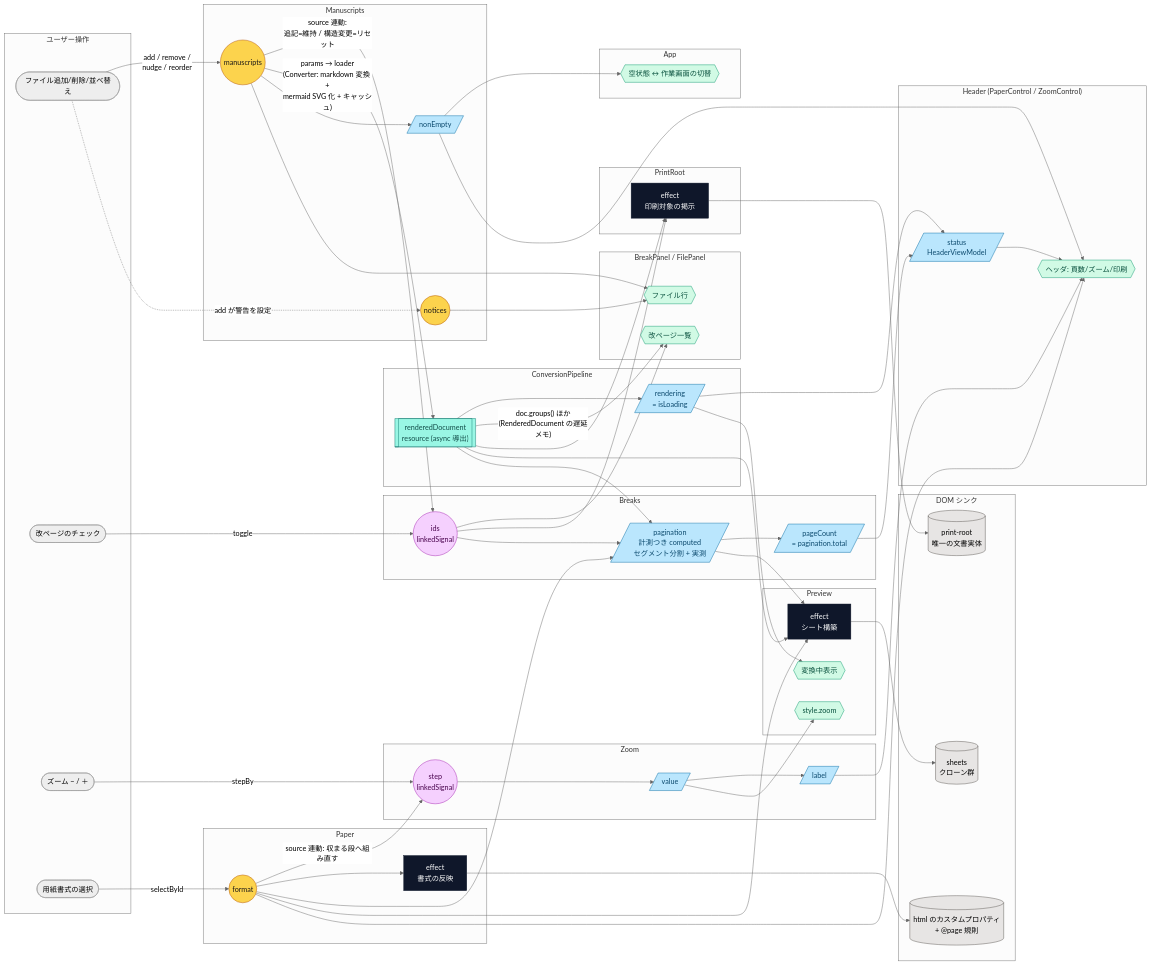
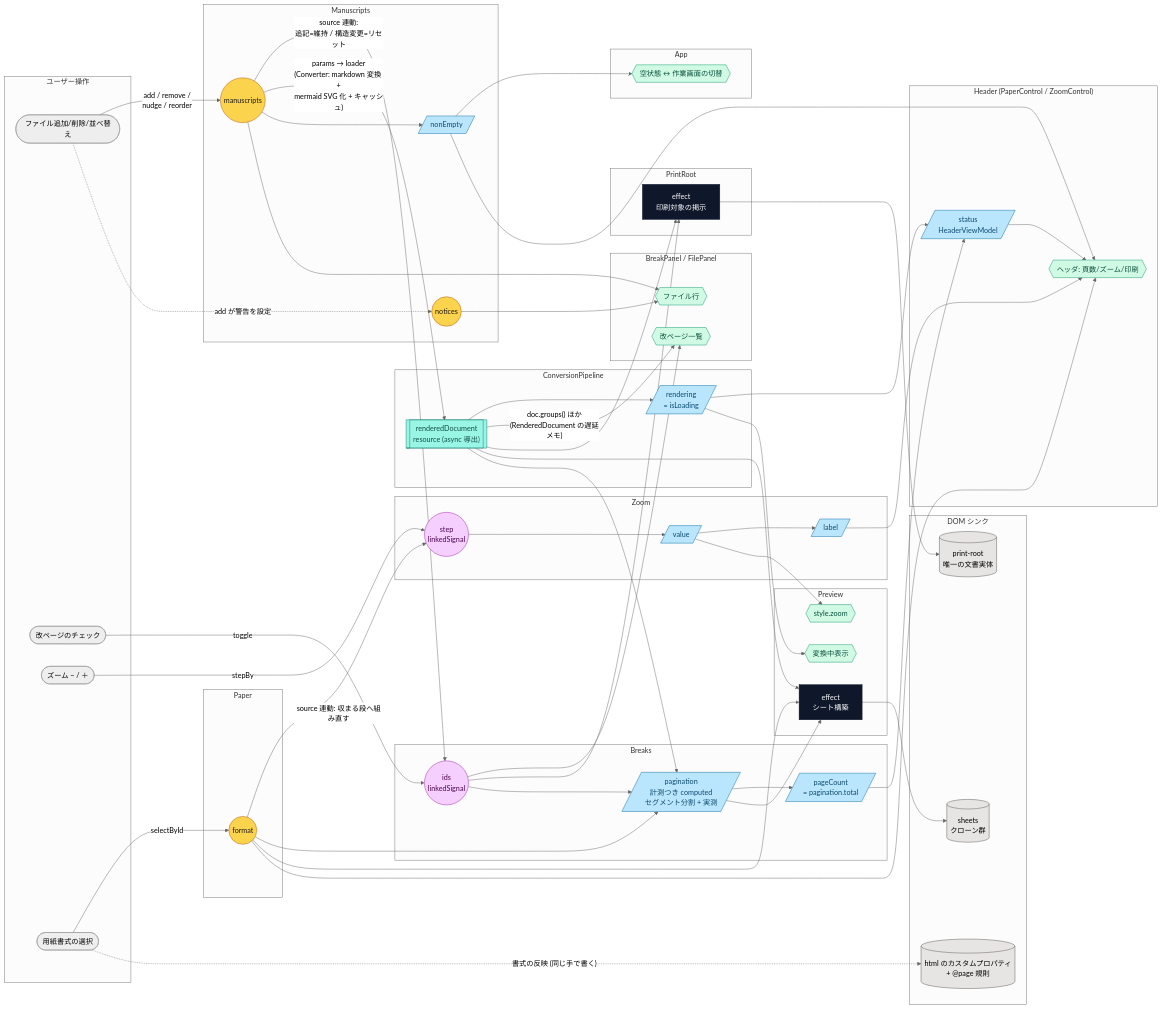
The diagram in docs/signal-graph.md (lacolaco/printmd), drawn with Mermaid (neutral theme) before and after one commit. The commit also changed other lines of this file and 4 other files, not shown here.

````diff
--- a/docs/signal-graph.md
+++ b/docs/signal-graph.md
@@ -23,7 +23,6 @@
 
   subgraph PaperS["Paper"]
     S6((format))
-    AE2[effect<br/>書式の反映]
   end
 
   subgraph ManuscriptsS["Manuscripts"]
@@ -85,8 +84,7 @@
   A3 -- stepBy --> V1
   A4 -- selectById --> S6
   S6 -- "source 連動: 収まる段へ組み直す" --> V1
-  S6 --> AE2
-  AE2 --> D3
+  A4 -. "書式の反映 (同じ手で書く)" .-> D3
   S6 --> V3
   S6 --> PE1
   S6 --> T1
@@ -136,7 +134,7 @@
 
   class S2,V1 linked
   class C1,S3,VC1,VC2,HC1,V2,V3 comp
-  class AE1,AE2,PE1 eff
+  class AE1,PE1 eff
   class T1,T2,T3,T4,T5,T6 tmpl
   class D1,D2,D3 dom
 ```
````
